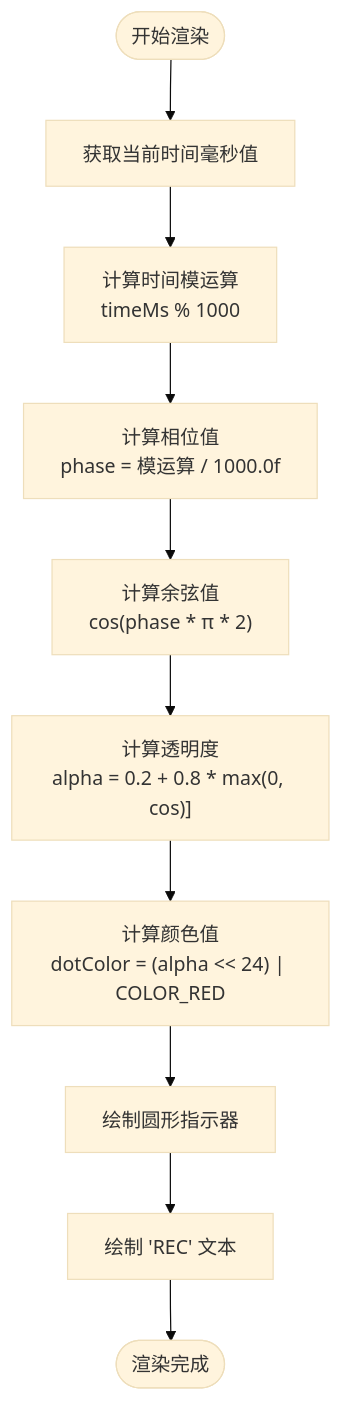
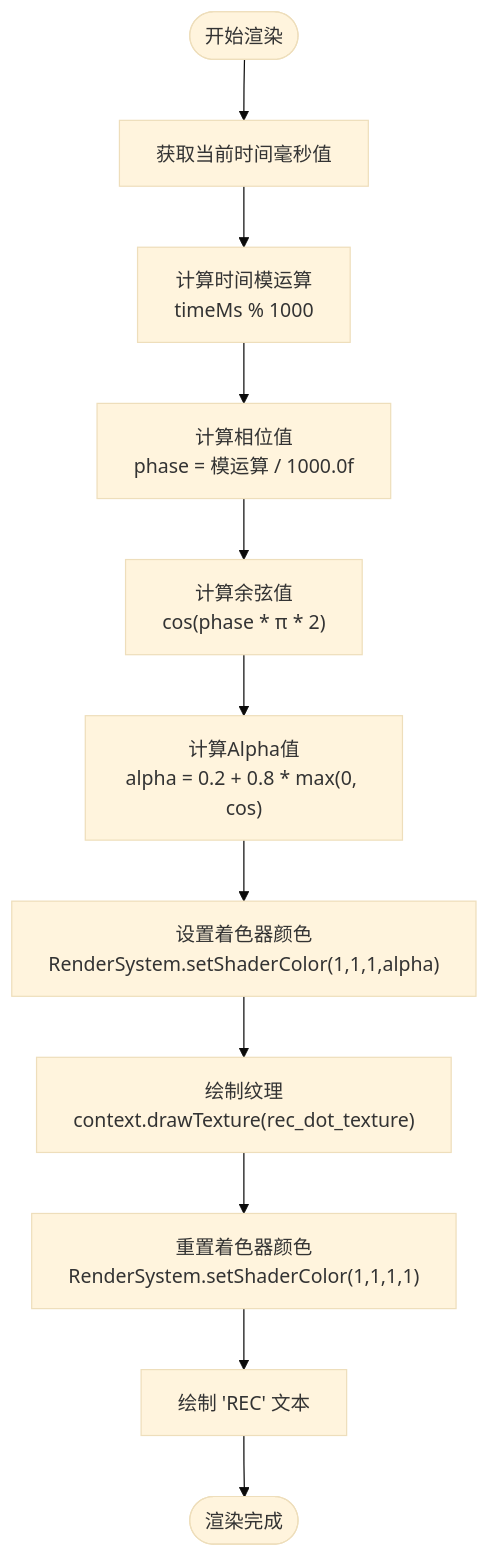
The third of 6 diagrams in .qoder/repowiki/zh/content/核心功能/录制指示器功能.md (Manager20211/AxonBodyCam2), drawn with Mermaid (base theme) before and after one commit. The commit also changed other lines of this file and 11 other files, not shown here.

````diff
--- a/.qoder/repowiki/zh/content/核心功能/录制指示器功能.md
+++ b/.qoder/repowiki/zh/content/核心功能/录制指示器功能.md
@@ -121,12 +141,13 @@
 ```mermaid
 flowchart TD
 Start([开始渲染]) --> GetTime["获取当前时间毫秒值"]
 GetTime --> Modulo["计算时间模运算<br/>timeMs % 1000"]
 Modulo --> PhaseCalc["计算相位值<br/>phase = 模运算 / 1000.0f"]
 PhaseCalc --> CosCalc["计算余弦值<br/>cos(phase * π * 2)"]
-CosCalc --> AlphaCalc["计算透明度<br/>alpha = 0.2 + 0.8 * max(0, cos)]"]
-AlphaCalc --> ColorCalc["计算颜色值<br/>dotColor = (alpha << 24) | COLOR_RED"]
-ColorCalc --> DrawCircle["绘制圆形指示器"]
-DrawCircle --> DrawText["绘制 'REC' 文本"]
+CosCalc --> AlphaCalc["计算Alpha值<br/>alpha = 0.2 + 0.8 * max(0, cos)"]
+AlphaCalc --> SetShader["设置着色器颜色<br/>RenderSystem.setShaderColor(1,1,1,alpha)"]
+SetShader --> DrawTexture["绘制纹理<br/>context.drawTexture(rec_dot_texture)"]
+DrawTexture --> ResetShader["重置着色器颜色<br/>RenderSystem.setShaderColor(1,1,1,1)"]
+ResetShader --> DrawText["绘制 'REC' 文本"]
 DrawText --> End([渲染完成])
 ```
````
